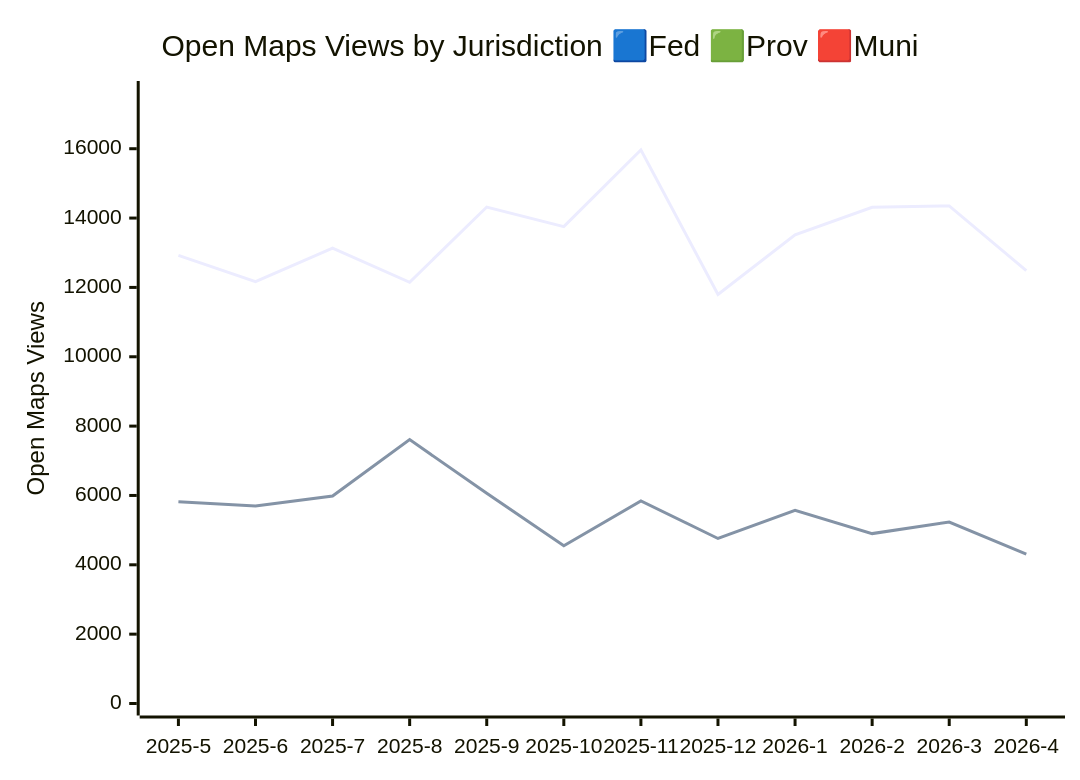
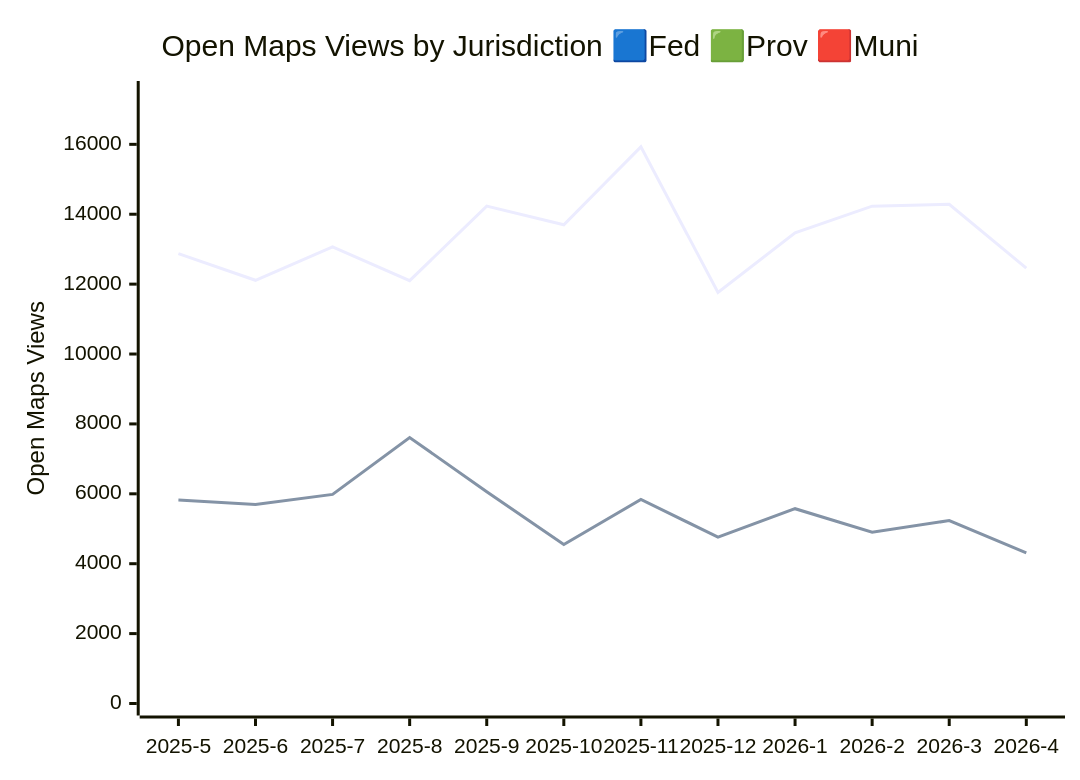
The third of 3 diagrams in JURISDICTION_ANALYTICS_REPORT/readme.md (open-data/analytics-corporate-reporting), drawn with Mermaid before and after one commit. The commit also changed other lines of this file and 3 other files, not shown here.

````diff
--- a/JURISDICTION_ANALYTICS_REPORT/readme.md
+++ b/JURISDICTION_ANALYTICS_REPORT/readme.md
@@ -41,9 +41,9 @@
 ```mermaid
 
 xychart-beta
     title "Open Maps Views by Jurisdiction 🟦Fed 🟩Prov 🟥Muni"
     x-axis [2025-5, 2025-6, 2025-7, 2025-8, 2025-9, 2025-10, 2025-11, 2025-12, 2026-1, 2026-2, 2026-3, 2026-4]
-    y-axis "Open Maps Views" 0 --> 17607
-    line [12922, 12169, 13130, 12149, 14318, 13754, 15966, 11799, 13518, 14311, 14350, 12485]
+    y-axis "Open Maps Views" 0 --> 17469
+    line [12872, 12110, 13065, 12099, 14232, 13699, 15928, 11762, 13468, 14231, 14286, 12456]
     line [5820, 5694, 5984, 7610, 6062, 4549, 5840, 4759, 5574, 4900, 5234, 4310]
 ```
````
